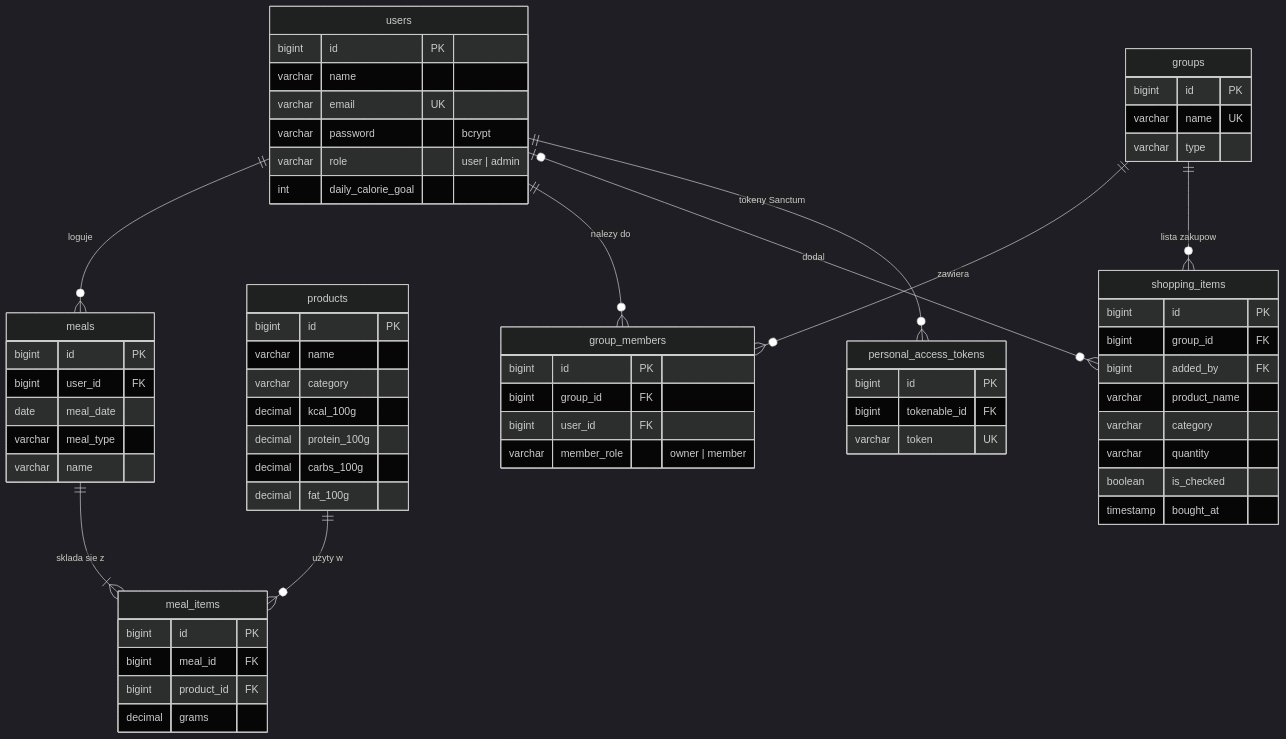
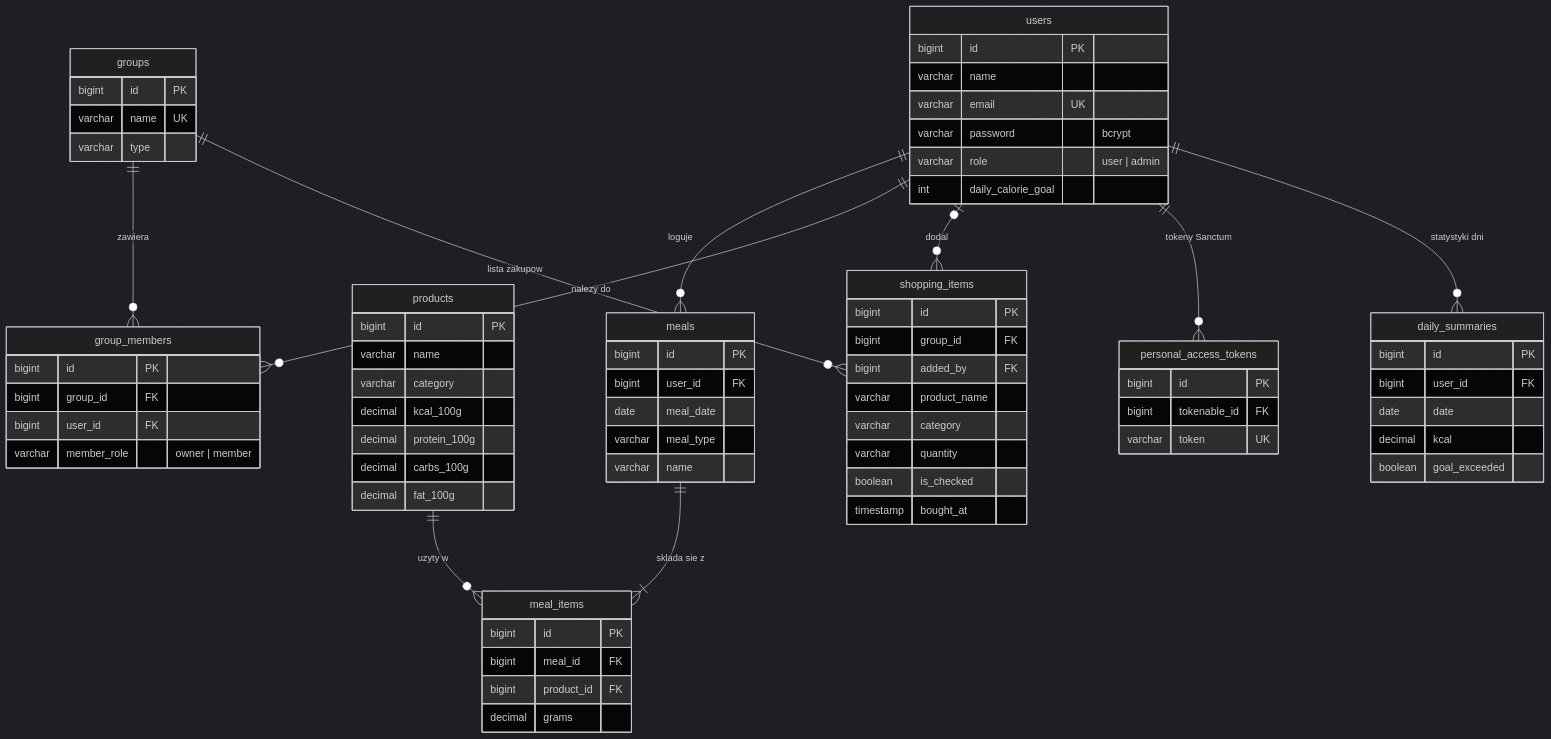
One commit to AnimaMnie/MealCoreApp changed the diagram in README.md. Above: the diagram before and after it, drawn with Mermaid (dark theme). The commit also changed other lines of this file and 5 other files, not shown here.

Commit message:
Add GitHub Actions CI, update README, ERD and API docs

````diff
--- a/README.md
+++ b/README.md
@@ -149,68 +185,76 @@
 ```mermaid
 erDiagram
     users ||--o{ meals : "loguje"
     meals ||--|{ meal_items : "sklada sie z"
     products ||--o{ meal_items : "uzyty w"
     users ||--o{ group_members : "nalezy do"
     groups ||--o{ group_members : "zawiera"
     groups ||--o{ shopping_items : "lista zakupow"
     users |o--o{ shopping_items : "dodal"
     users ||--o{ personal_access_tokens : "tokeny Sanctum"
+    users ||--o{ daily_summaries : "statystyki dni"
 
     users {
         bigint id PK
         varchar name
         varchar email UK
         varchar password "bcrypt"
         varchar role "user | admin"
         int daily_calorie_goal
+    }
+    daily_summaries {
+        bigint id PK
+        bigint user_id FK
+        date date
+        decimal kcal
+        boolean goal_exceeded
     }
     products {
         bigint id PK
         varchar name
         varchar category
         decimal kcal_100g
         decimal protein_100g
         decimal carbs_100g
         decimal fat_100g
     }
     meals {
         bigint id PK
         bigint user_id FK
         date meal_date
         varchar meal_type
         varchar name
     }
     meal_items {
         bigint id PK
         bigint meal_id FK
         bigint product_id FK
         decimal grams
     }
     groups {
         bigint id PK
         varchar name UK
         varchar type
     }
     group_members {
         bigint id PK
         bigint group_id FK
         bigint user_id FK
         varchar member_role "owner | member"
     }
     shopping_items {
         bigint id PK
         bigint group_id FK
         bigint added_by FK
         varchar product_name
         varchar category
         varchar quantity
         boolean is_checked
         timestamp bought_at
     }
     personal_access_tokens {
         bigint id PK
         bigint tokenable_id FK
         varchar token UK
     }
 ```
````
